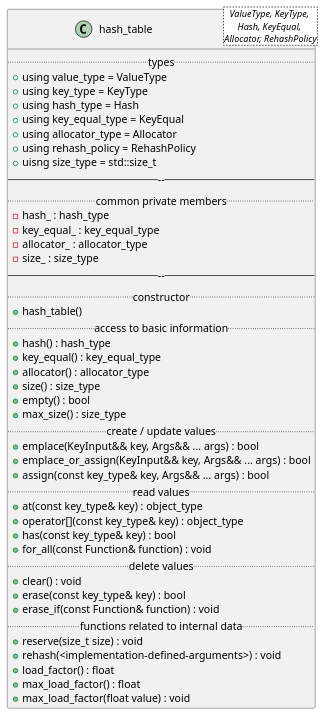
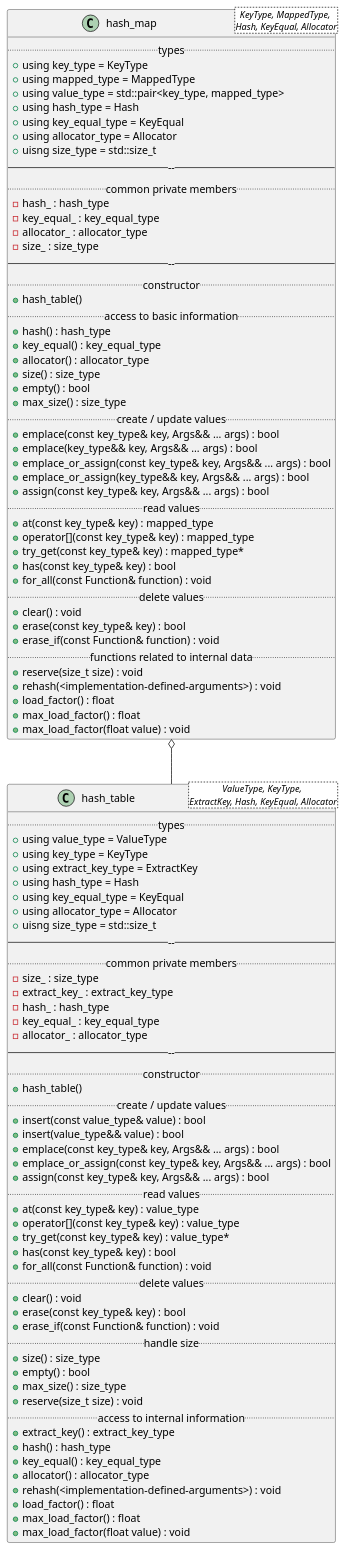
The diagram in doc/sphinx/src/design/class_diagrams/full_hash_table.puml (MusicScience37/cpp-hash-tables), drawn with PlantUML before and after one commit. The commit also changed 9 other files, not shown here.

Commit message:
:construction: Most basic functions for a hash table.

```diff
--- a/doc/sphinx/src/design/class_diagrams/full_hash_table.puml
+++ b/doc/sphinx/src/design/class_diagrams/full_hash_table.puml
@@ -1,49 +1,104 @@
 @startuml FullHashTable
 
-class hash_table<ValueType, KeyType, \nHash, KeyEqual, \nAllocator, RehashPolicy> {
+class hash_table<ValueType, KeyType, \nExtractKey, Hash, KeyEqual, Allocator> {
     .. types ..
     + using value_type = ValueType
     + using key_type = KeyType
+    + using extract_key_type = ExtractKey
     + using hash_type = Hash
     + using key_equal_type = KeyEqual
     + using allocator_type = Allocator
-    + using rehash_policy = RehashPolicy
+    + uisng size_type = std::size_t
+    ------
+    .. common private members ..
+    - size_ : size_type
+    - extract_key_ : extract_key_type
+    - hash_ : hash_type
+    - key_equal_ : key_equal_type
+    - allocator_ : allocator_type
+    ------
+    .. constructor ..
+    + hash_table()
+    .. create / update values ..
+    + insert(const value_type& value) : bool
+    + insert(value_type&& value) : bool
+    + emplace(const key_type& key, Args&& ... args) : bool
+    + emplace_or_assign(const key_type& key, Args&& ... args) : bool
+    + assign(const key_type& key, Args&& ... args) : bool
+    .. read values ..
+    + at(const key_type& key) : value_type
+    + operator[](const key_type& key) : value_type
+    + try_get(const key_type& key) : value_type*
+    + has(const key_type& key) : bool
+    + for_all(const Function& function) : void
+    .. delete values ..
+    + clear() : void
+    + erase(const key_type& key) : bool
+    + erase_if(const Function& function) : void
+    .. handle size ..
+    + size() : size_type
+    + empty() : bool
+    + max_size() : size_type
+    + reserve(size_t size) : void
+    .. access to internal information ..
+    + extract_key() : extract_key_type
+    + hash() : hash_type
+    + key_equal() : key_equal_type
+    + allocator() : allocator_type
+    + rehash(<implementation-defined-arguments>) : void
+    + load_factor() : float
+    + max_load_factor() : float
+    + max_load_factor(float value) : void
+}
+
+class hash_map<KeyType, MappedType, \nHash, KeyEqual, Allocator> {
+    .. types ..
+    + using key_type = KeyType
+    + using mapped_type = MappedType
+    + using value_type = std::pair<key_type, mapped_type>
+    + using hash_type = Hash
+    + using key_equal_type = KeyEqual
+    + using allocator_type = Allocator
     + uisng size_type = std::size_t
     ------
     .. common private members ..
     - hash_ : hash_type
     - key_equal_ : key_equal_type
     - allocator_ : allocator_type
     - size_ : size_type
     ------
     .. constructor ..
     + hash_table()
     .. access to basic information ..
     + hash() : hash_type
     + key_equal() : key_equal_type
     + allocator() : allocator_type
     + size() : size_type
     + empty() : bool
     + max_size() : size_type
     .. create / update values ..
-    + emplace(KeyInput&& key, Args&& ... args) : bool
-    + emplace_or_assign(KeyInput&& key, Args&& ... args) : bool
+    + emplace(const key_type& key, Args&& ... args) : bool
+    + emplace(key_type&& key, Args&& ... args) : bool
+    + emplace_or_assign(const key_type& key, Args&& ... args) : bool
+    + emplace_or_assign(key_type&& key, Args&& ... args) : bool
     + assign(const key_type& key, Args&& ... args) : bool
     .. read values ..
-    + at(const key_type& key) : object_type
-    + operator[](const key_type& key) : object_type
+    + at(const key_type& key) : mapped_type
+    + operator[](const key_type& key) : mapped_type
+    + try_get(const key_type& key) : mapped_type*
     + has(const key_type& key) : bool
     + for_all(const Function& function) : void
     .. delete values ..
     + clear() : void
     + erase(const key_type& key) : bool
     + erase_if(const Function& function) : void
     .. functions related to internal data ..
     + reserve(size_t size) : void
     + rehash(<implementation-defined-arguments>) : void
     + load_factor() : float
     + max_load_factor() : float
     + max_load_factor(float value) : void
 }
+hash_map o-- hash_table
 
 @enduml
```
